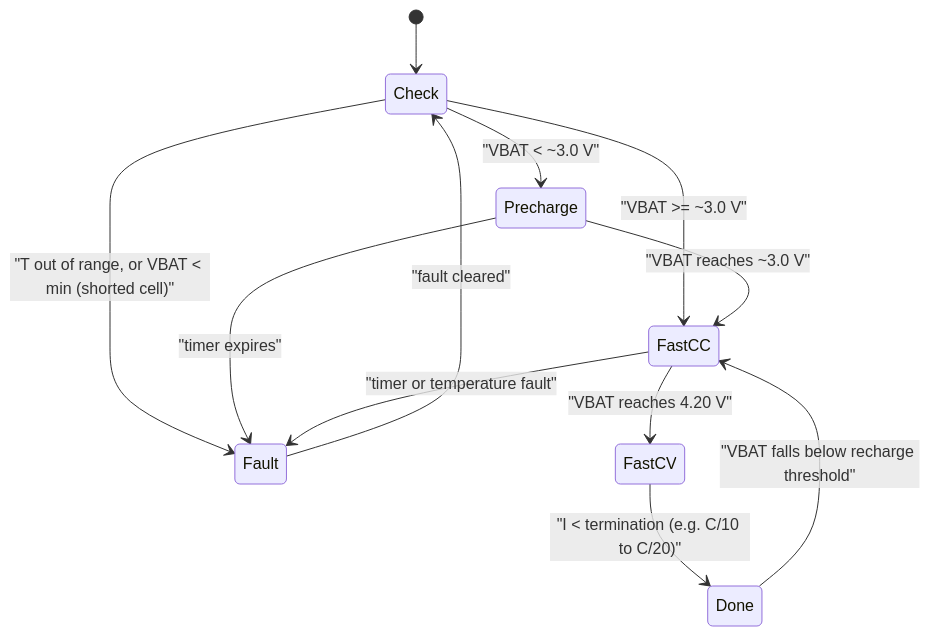
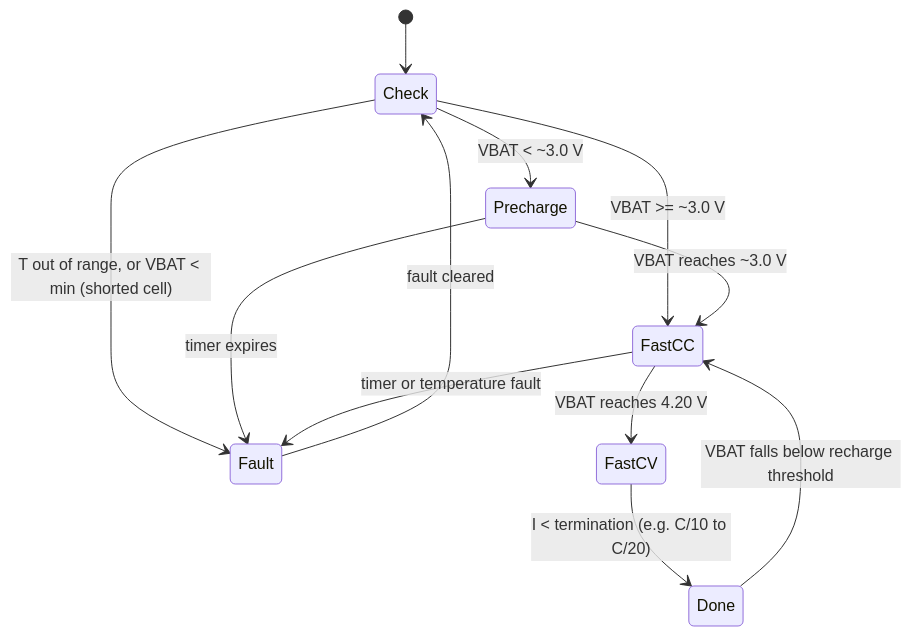
The first of 2 diagrams in content/questions/q0313.md (atallm7/monty-prep), drawn with Mermaid before and after one commit. The commit also changed other lines of this file and 77 other files, not shown here.

````diff
--- a/content/questions/q0313.md
+++ b/content/questions/q0313.md
@@ -133,14 +133,14 @@
 ```mermaid
 stateDiagram-v2
   [*] --> Check
-  Check --> Fault: "T out of range, or VBAT < min (shorted cell)"
-  Check --> Precharge: "VBAT < ~3.0 V"
-  Check --> FastCC: "VBAT >= ~3.0 V"
-  Precharge --> FastCC: "VBAT reaches ~3.0 V"
-  Precharge --> Fault: "timer expires"
-  FastCC --> FastCV: "VBAT reaches 4.20 V"
-  FastCC --> Fault: "timer or temperature fault"
-  FastCV --> Done: "I < termination (e.g. C/10 to C/20)"
-  Done --> FastCC: "VBAT falls below recharge threshold"
-  Fault --> Check: "fault cleared"
+  Check --> Fault: T out of range, or VBAT < min (shorted cell)
+  Check --> Precharge: VBAT < ~3.0 V
+  Check --> FastCC: VBAT >= ~3.0 V
+  Precharge --> FastCC: VBAT reaches ~3.0 V
+  Precharge --> Fault: timer expires
+  FastCC --> FastCV: VBAT reaches 4.20 V
+  FastCC --> Fault: timer or temperature fault
+  FastCV --> Done: I < termination (e.g. C/10 to C/20)
+  Done --> FastCC: VBAT falls below recharge threshold
+  Fault --> Check: fault cleared
 ```
````
